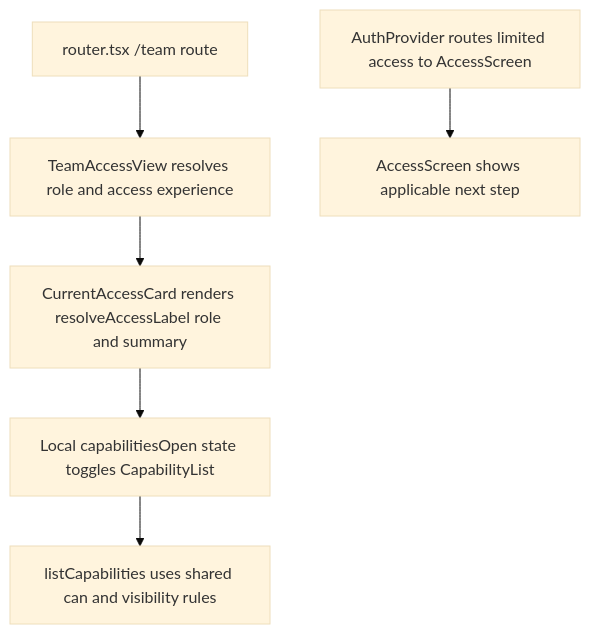
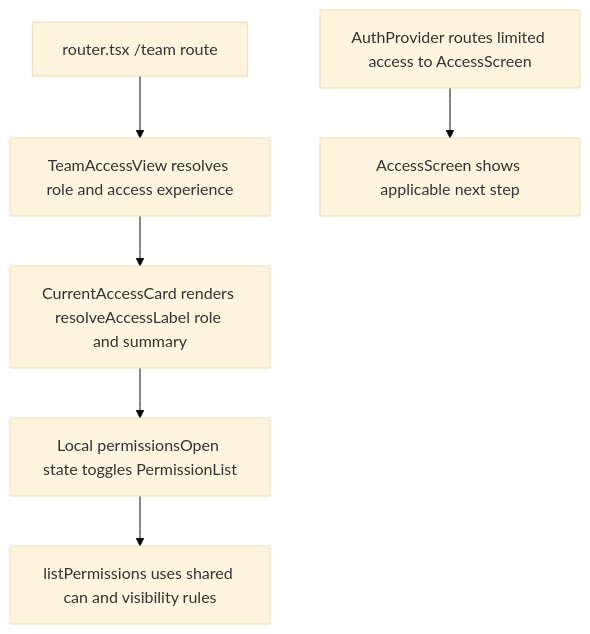
One commit to Kevinjohn/capacitylens changed the second of 2 diagrams in user-stories/team/US-TEAM-01-check-access.md. Above: the diagram before and after it, drawn with Mermaid (base theme). The commit also changed other lines of this file and 16 other files, not shown here.

First line of the commit message:
Permission words: rename the authority and capability codes, keys and test id

````diff
--- a/user-stories/team/US-TEAM-01-check-access.md
+++ b/user-stories/team/US-TEAM-01-check-access.md
@@ -31,8 +31,8 @@
 ```mermaid
 flowchart TD
     Route["router.tsx /team route"] --> View["TeamAccessView resolves role and access experience"]
     View --> Card["CurrentAccessCard renders resolveAccessLabel role and summary"]
-    Card --> Toggle["Local capabilitiesOpen state toggles CapabilityList"]
-    Toggle --> Capabilities["listCapabilities uses shared can and visibility rules"]
+    Card --> Toggle["Local permissionsOpen state toggles PermissionList"]
+    Toggle --> Capabilities["listPermissions uses shared can and visibility rules"]
     Auth["AuthProvider routes limited access to AccessScreen"] --> Limited["AccessScreen shows applicable next step"]
 ```
````
